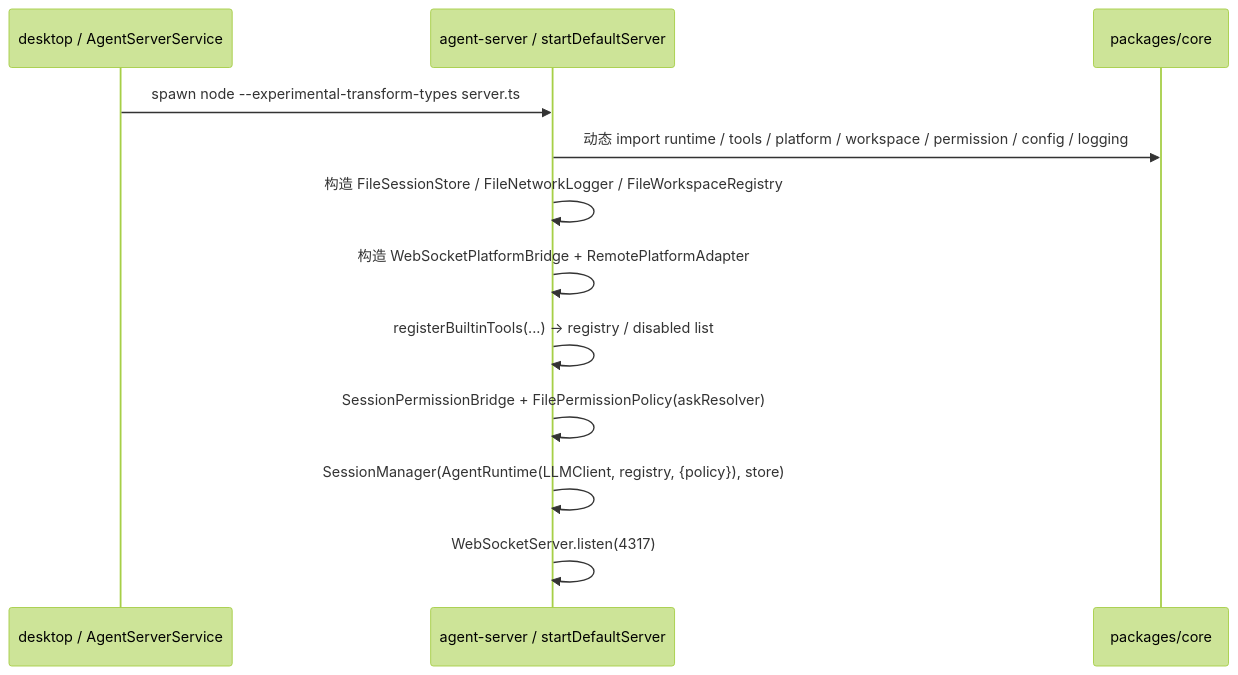
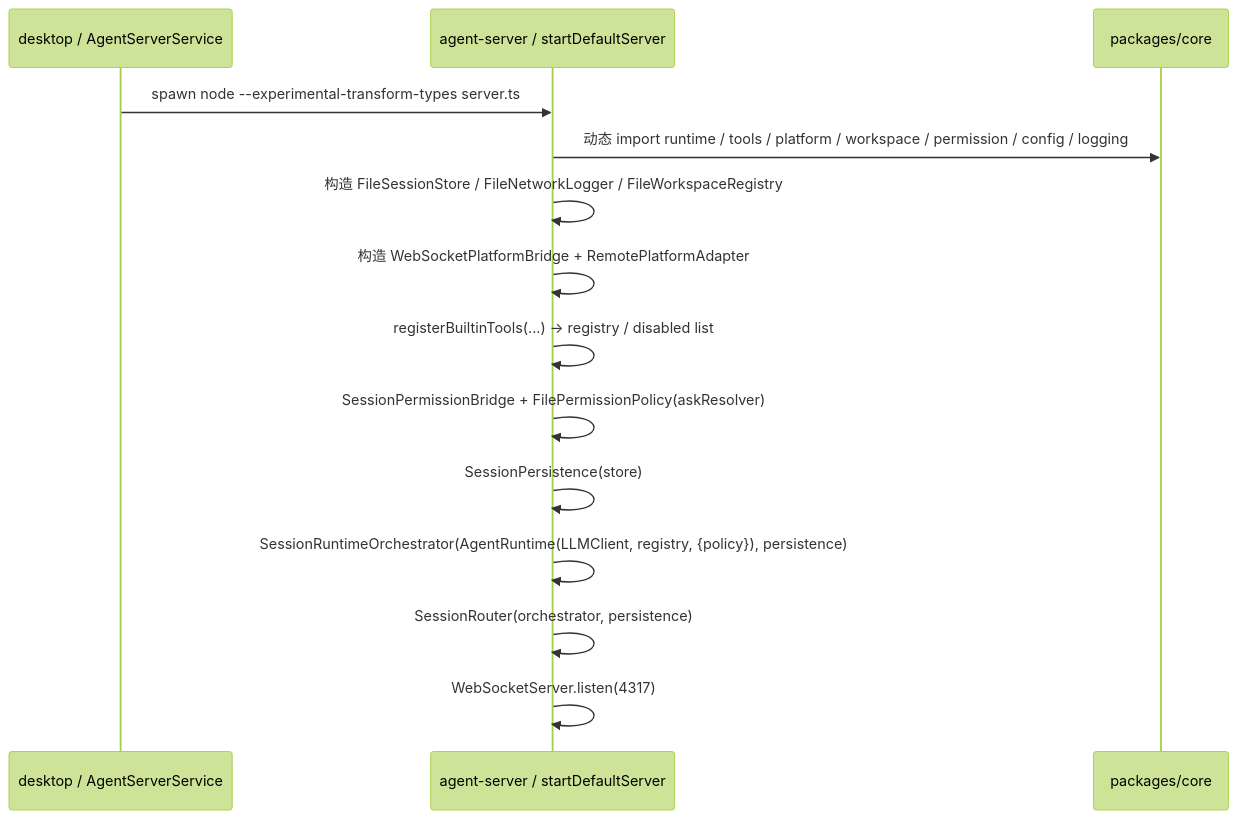
Before and after one commit to Lixuhang987/SpotAgent: the diagram in apps/agent-server/agent-server.md, drawn with Mermaid (forest theme). The commit also changed other lines of this file and 20 other files, not shown here.

Commit message:
refactor(agent-server): split session manager

````diff
--- a/apps/agent-server/agent-server.md
+++ b/apps/agent-server/agent-server.md
@@ -24,15 +26,17 @@
 ```mermaid
 sequenceDiagram
   participant Desktop as desktop / AgentServerService
   participant Server as agent-server / startDefaultServer
   participant Core as packages/core
 
   Desktop->>Server: spawn node --experimental-transform-types server.ts
   Server->>Core: 动态 import runtime / tools / platform / workspace / permission / config / logging
   Server->>Server: 构造 FileSessionStore / FileNetworkLogger / FileWorkspaceRegistry
   Server->>Server: 构造 WebSocketPlatformBridge + RemotePlatformAdapter
   Server->>Server: registerBuiltinTools(...) → registry / disabled list
   Server->>Server: SessionPermissionBridge + FilePermissionPolicy(askResolver)
-  Server->>Server: SessionManager(AgentRuntime(LLMClient, registry, {policy}), store)
+  Server->>Server: SessionPersistence(store)
+  Server->>Server: SessionRuntimeOrchestrator(AgentRuntime(LLMClient, registry, {policy}), persistence)
+  Server->>Server: SessionRouter(orchestrator, persistence)
   Server->>Server: WebSocketServer.listen(4317)
 ```
````
